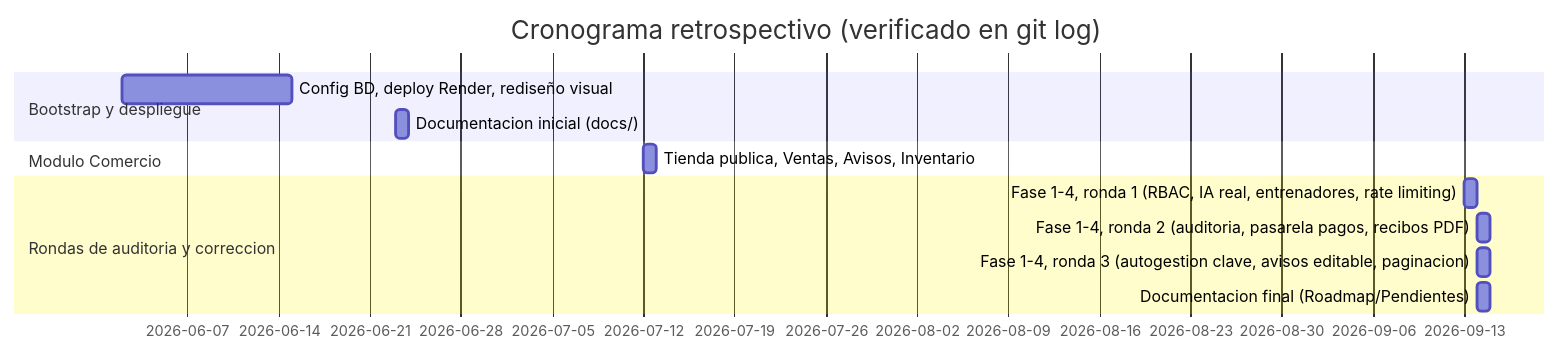
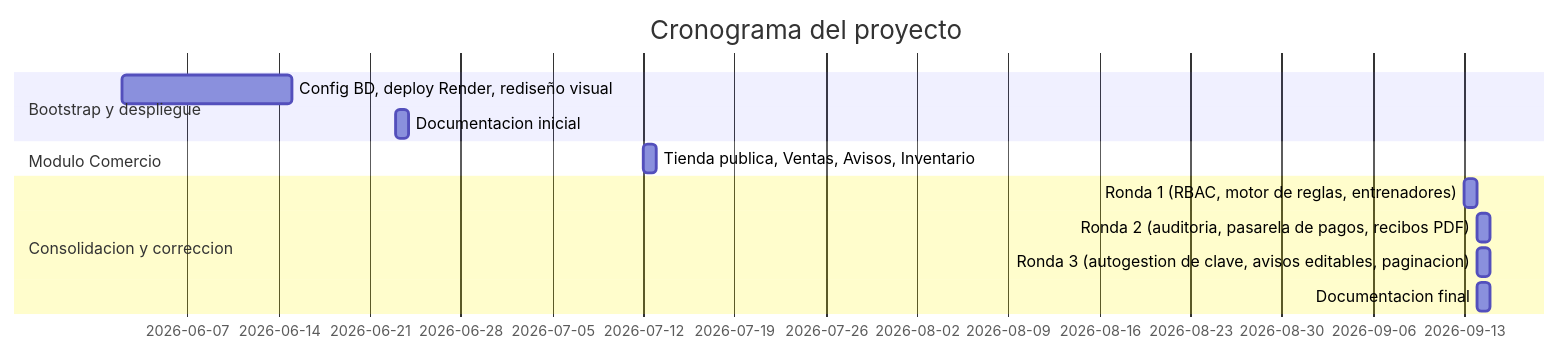
Before and after one commit to KeenGuerra/GleyforGymInvestigacion: the third of 7 diagrams in docs/07_Gestion_Proyecto/Intervencion_Metodologica.md, drawn with Mermaid. The commit also changed other lines of this file, not shown here.

````diff
--- a/docs/07_Gestion_Proyecto/Intervencion_Metodologica.md
+++ b/docs/07_Gestion_Proyecto/Intervencion_Metodologica.md
@@ -122,15 +147,15 @@
 ```mermaid
 gantt
     dateFormat YYYY-MM-DD
-    title Cronograma retrospectivo (verificado en git log)
+    title Cronograma del proyecto
     section Bootstrap y despliegue
     Config BD, deploy Render, rediseño visual :2026-06-02, 2026-06-15
-    Documentacion inicial (docs/) :2026-06-23, 1d
+    Documentacion inicial :2026-06-23, 1d
     section Modulo Comercio
     Tienda publica, Ventas, Avisos, Inventario :2026-07-12, 2026-07-13
-    section Rondas de auditoria y correccion
-    Fase 1-4, ronda 1 (RBAC, IA real, entrenadores, rate limiting) :2026-09-13, 1d
-    Fase 1-4, ronda 2 (auditoria, pasarela pagos, recibos PDF) :2026-09-14, 1d
-    Fase 1-4, ronda 3 (autogestion clave, avisos editable, paginacion) :2026-09-14, 1d
-    Documentacion final (Roadmap/Pendientes) :2026-09-14, 2026-09-15
+    section Consolidacion y correccion
+    Ronda 1 (RBAC, motor de reglas, entrenadores) :2026-09-13, 1d
+    Ronda 2 (auditoria, pasarela de pagos, recibos PDF) :2026-09-14, 1d
+    Ronda 3 (autogestion de clave, avisos editables, paginacion) :2026-09-14, 1d
+    Documentacion final :2026-09-14, 2026-09-15
 ```
````
